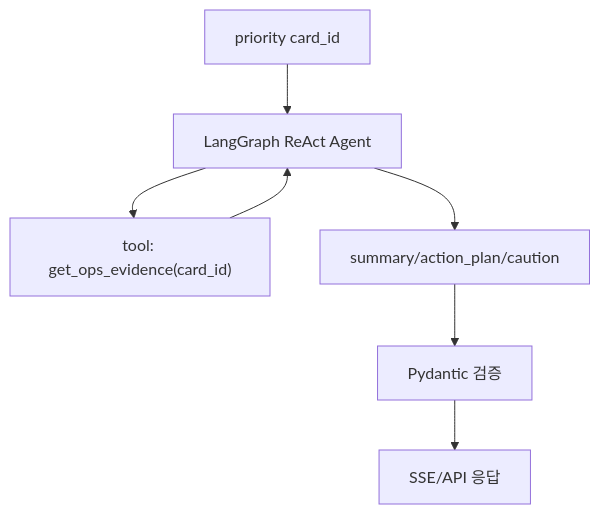
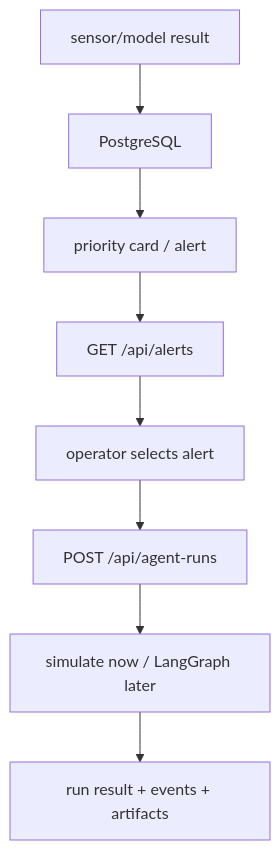
One commit to jiyang-lee/Heat_Grid_Agent changed the diagram in simulator/versions/v2_postgres_react_ops/README.md. Above: the diagram before and after it, drawn with Mermaid. The commit also changed other lines of this file and 11 other files, not shown here.

Commit message:
feat: add ops dashboard api contract

````diff
--- a/simulator/versions/v2_postgres_react_ops/README.md
+++ b/simulator/versions/v2_postgres_react_ops/README.md
@@ -19,9 +47,10 @@
 ```mermaid
 flowchart TD
-  A["priority card_id"] --> B["LangGraph ReAct Agent"]
-  B --> C["tool: get_ops_evidence(card_id)"]
-  C --> B
-  B --> D["summary/action_plan/caution"]
-  D --> E["Pydantic 검증"]
-  E --> F["SSE/API 응답"]
+  A["sensor/model result"] --> B["PostgreSQL"]
+  B --> C["priority card / alert"]
+  C --> D["GET /api/alerts"]
+  D --> E["operator selects alert"]
+  E --> F["POST /api/agent-runs"]
+  F --> G["simulate now / LangGraph later"]
+  G --> H["run result + events + artifacts"]
 ```
````
